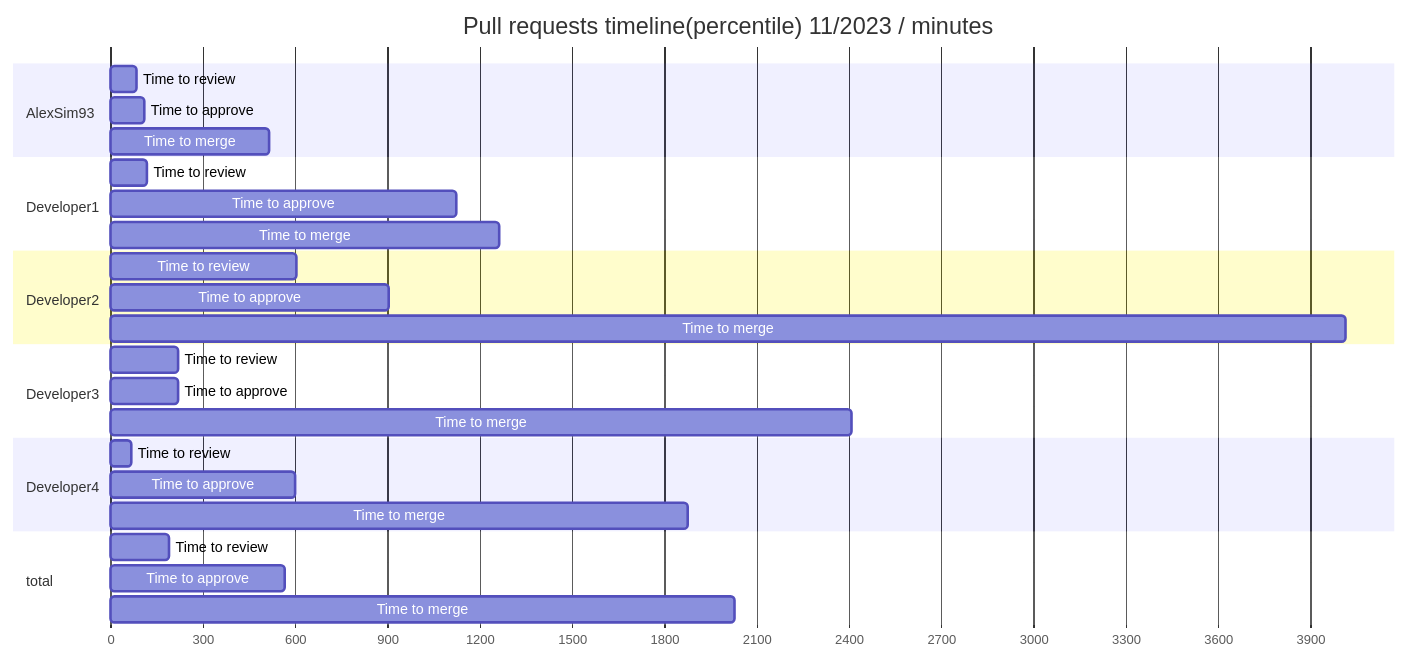
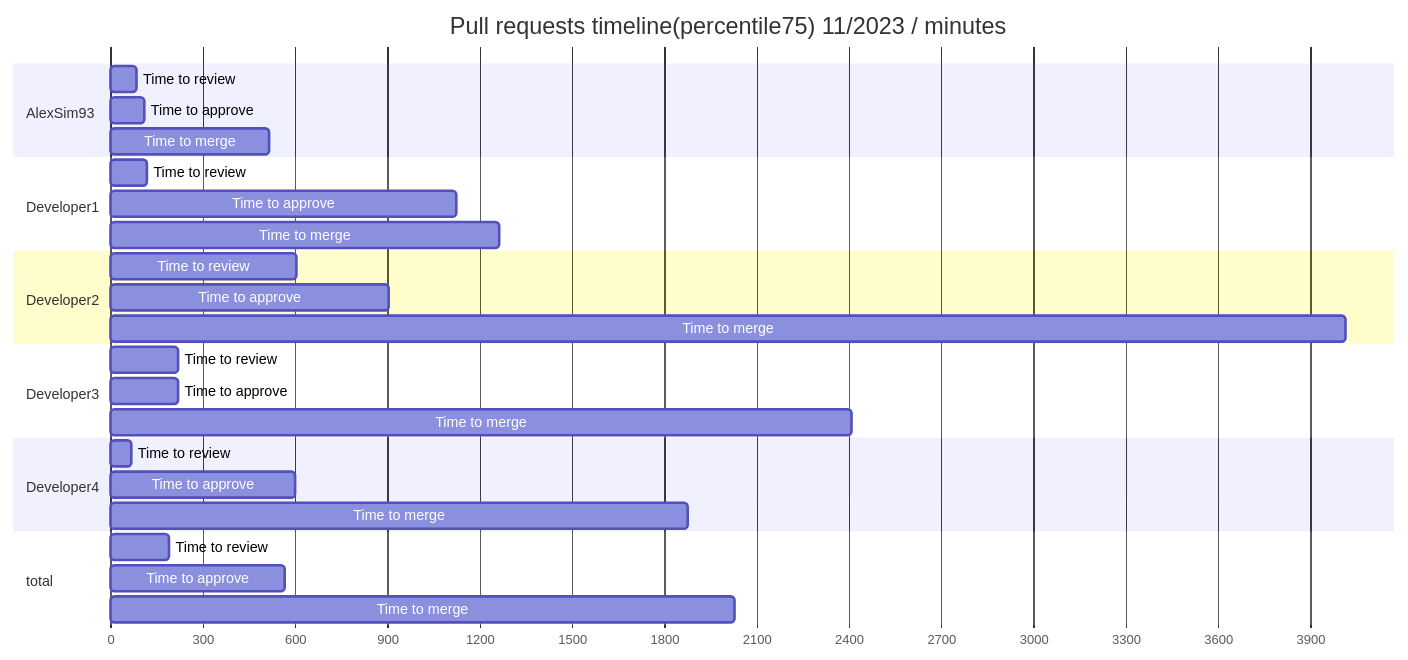
One commit to AlexSim93/pull-request-analytics-action changed the sixth of 9 diagrams in examples/nPRsReport.md. Above: the diagram before and after it, drawn with Mermaid. The commit also changed other lines of this file and 10 other files, not shown here.

````diff
--- a/examples/nPRsReport.md
+++ b/examples/nPRsReport.md
@@ -244,36 +244,36 @@
 ```mermaid
 gantt
-title Pull requests timeline(percentile) 11/2023 / minutes
+title Pull requests timeline(percentile75) 11/2023 / minutes
 dateFormat X
 axisFormat %s
 section AlexSim93
                 Time to review :  0, 85
 Time to approve :  0, 110
 Time to merge :  0, 515
         
 section Developer1
                 Time to review :  0, 118
 Time to approve :  0, 1123
 Time to merge :  0, 1263
         
 section Developer2
                 Time to review :  0, 602
 Time to approve :  0, 905
 Time to merge :  0, 4012
         
 section Developer3
                 Time to review :  0, 218
 Time to approve :  0, 218
 Time to merge :  0, 2407
         
 section Developer4
                 Time to review :  0, 68
 Time to approve :  0, 600
 Time to merge :  0, 1873
         
 section total
                 Time to review :  0, 188
 Time to approve :  0, 565
 Time to merge :  0, 2028
         
 ```
````
